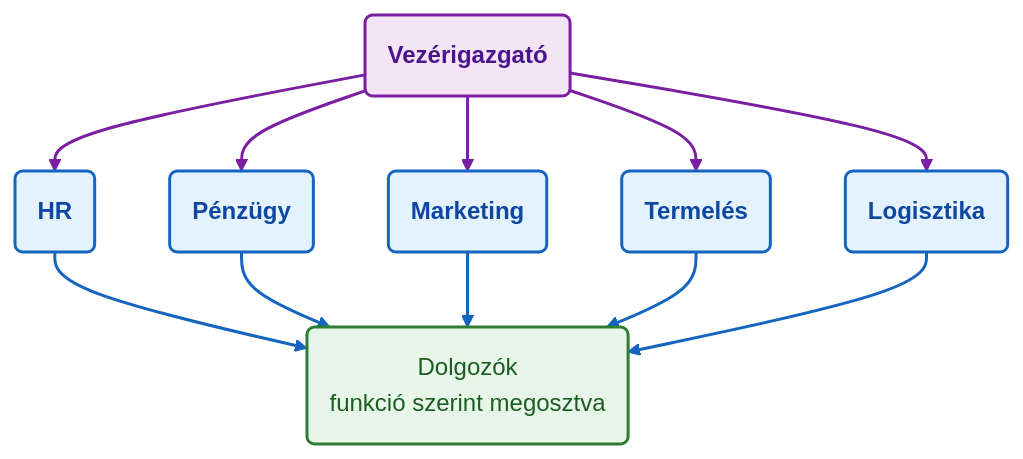
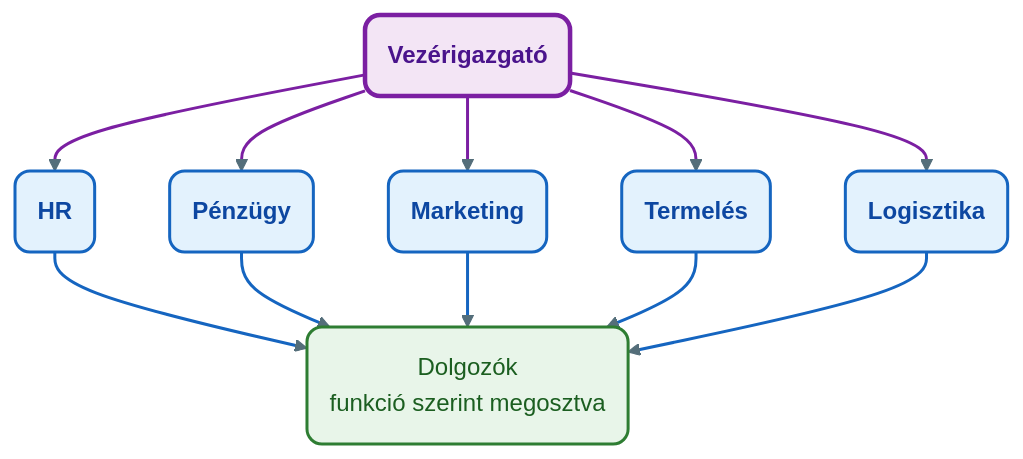
Before and after one commit to denespocsik/MM_BSC_Zarovizsga: the second of 4 diagrams in Tételek/K04-GMXMD1MBLF-Szervezetek, szervezeti formák.tétel.md, drawn with Mermaid. The commit also changed other lines of this file and 34 other files, not shown here.

First line of the commit message:
style(tételek): egységes vizuális arculat a Mermaid-diagramokhoz

````diff
--- a/Tételek/K04-GMXMD1MBLF-Szervezetek, szervezeti formák.tétel.md
+++ b/Tételek/K04-GMXMD1MBLF-Szervezetek, szervezeti formák.tétel.md
@@ -82,32 +79,29 @@
 ```mermaid
 graph TD
-    VIG("<b>Vezérigazgató</b>")
-    HR("<b>HR</b>")
-    PE("<b>Pénzügy</b>")
-    MK("<b>Marketing</b>")
-    TE("<b>Termelés</b>")
-    LO("<b>Logisztika</b>")
-    D("Dolgozók<br/>funkció szerint megosztva")
+    VIG("<b>Vezérigazgató</b>"):::lilaH
+    HR("<b>HR</b>"):::kek
+    PE("<b>Pénzügy</b>"):::kek
+    MK("<b>Marketing</b>"):::kek
+    TE("<b>Termelés</b>"):::kek
+    LO("<b>Logisztika</b>"):::kek
+    D("Dolgozók<br/>funkció szerint megosztva"):::zold
 
     VIG --> HR
     VIG --> PE
     VIG --> MK
     VIG --> TE
     VIG --> LO
     HR  --> D
     PE  --> D
     MK  --> D
     TE  --> D
     LO  --> D
 
-    classDef vigNode  fill:#f3e5f5,stroke:#7b1fa2,stroke-width:2px,color:#4a148c;
-    classDef funcNode fill:#e3f2fd,stroke:#1565c0,stroke-width:2px,color:#0d47a1;
-    classDef dNode    fill:#e8f5e9,stroke:#2e7d32,stroke-width:2px,color:#1b5e20;
+    classDef kek   fill:#e3f2fd,stroke:#1565c0,stroke-width:2px,color:#0d47a1,rx:10,ry:10;
+    classDef zold  fill:#e8f5e9,stroke:#2e7d32,stroke-width:2px,color:#1b5e20,rx:10,ry:10;
+    classDef lilaH fill:#f3e5f5,stroke:#7b1fa2,stroke-width:3px,color:#4a148c,rx:10,ry:10;
 
-    class VIG vigNode;
-    class HR,PE,MK,TE,LO funcNode;
-    class D dNode;
-
+    linkStyle default stroke:#546e7a,stroke-width:2px;
     linkStyle 0,1,2,3,4 stroke:#7b1fa2,stroke-width:2px;
     linkStyle 5,6,7,8,9 stroke:#1565c0,stroke-width:2px;
 ```
````
